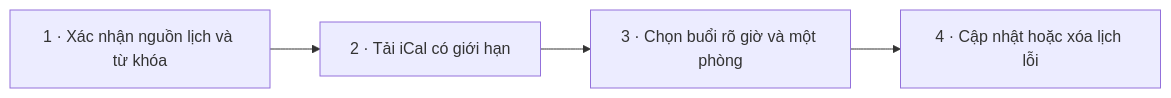
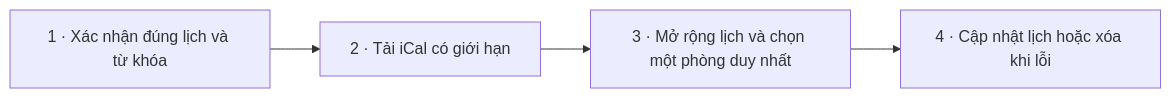
Before and after one commit to Thequancute215-sys/cun-zoom: diagram 13 of 22 in docs/WORKFLOW.md, drawn with Mermaid. The commit also changed other lines of this file and 33 other files, not shown here.

Commit message:
Add account OTP and one-time license flow with deployment handover

````diff
--- a/docs/WORKFLOW.md
+++ b/docs/WORKFLOW.md
@@ -217,10 +419,10 @@
 ```mermaid
 flowchart LR
-  s1["1 · Xác nhận nguồn lịch và từ khóa"]
+  s1["1 · Xác nhận đúng lịch và từ khóa"]
   s2["2 · Tải iCal có giới hạn"]
   s1 --> s2
-  s3["3 · Chọn buổi rõ giờ và một phòng"]
+  s3["3 · Mở rộng lịch và chọn một phòng duy nhất"]
   s2 --> s3
-  s4["4 · Cập nhật hoặc xóa lịch lỗi"]
+  s4["4 · Cập nhật lịch hoặc xóa khi lỗi"]
   s3 --> s4
 ```
````
